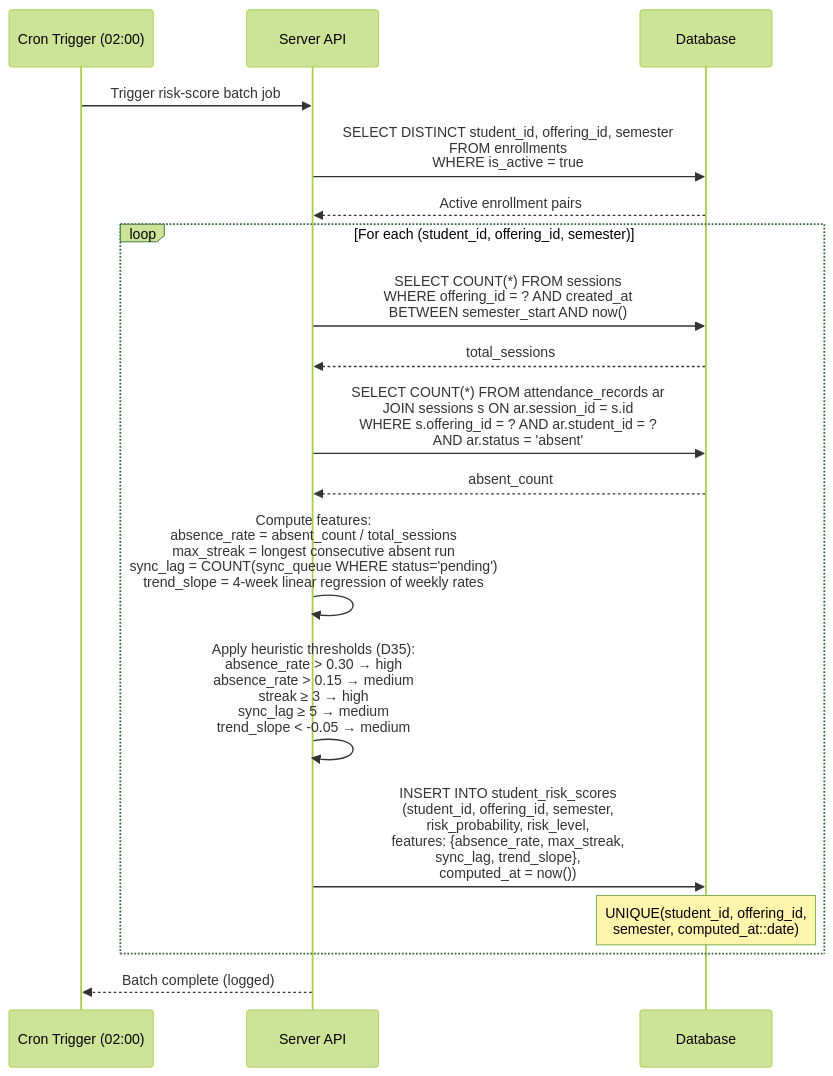
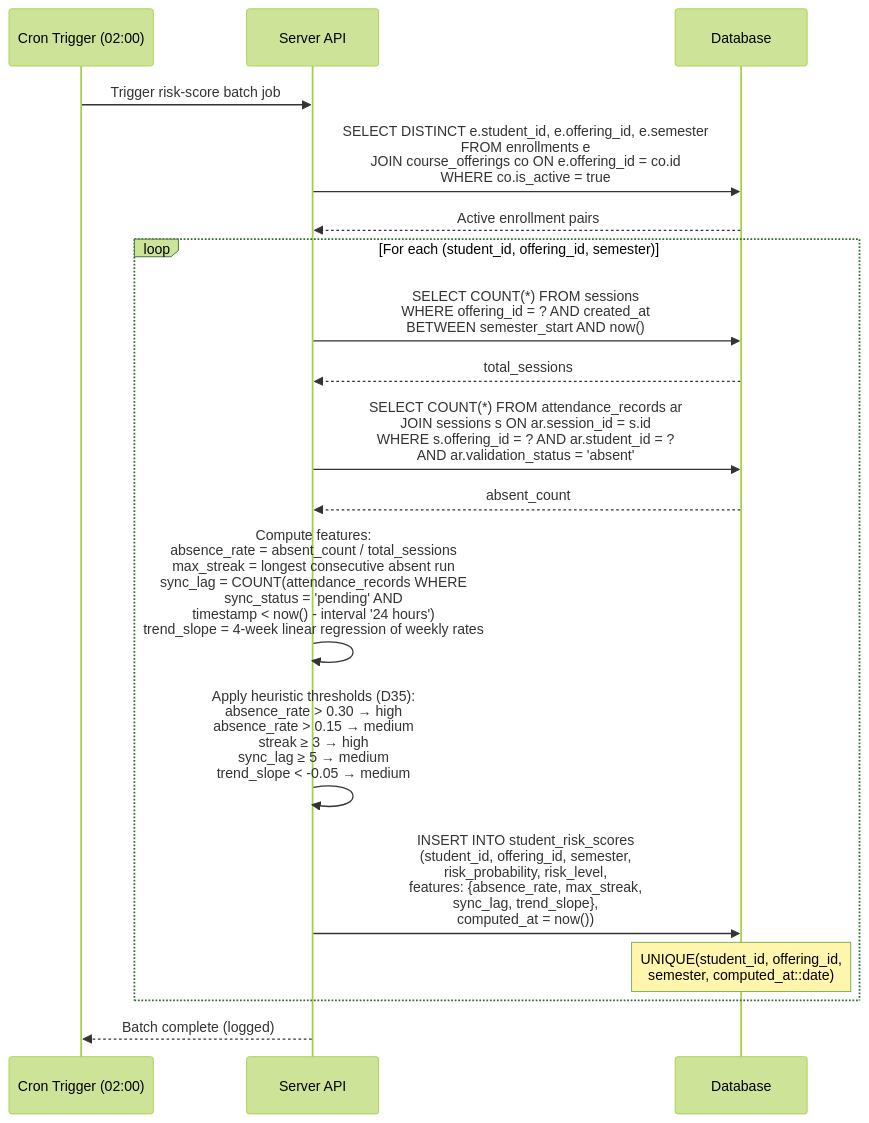
Before and after one commit to dhenji/qr_based_attendance_system: the sixth of 7 diagrams in docs/architecture/data-flow.md, drawn with Mermaid (forest theme). The commit also changed other lines of this file and 47 other files, not shown here.

````diff
--- a/docs/architecture/data-flow.md
+++ b/docs/architecture/data-flow.md
@@ -192,28 +198,28 @@
 ```mermaid
 sequenceDiagram
     participant CRON as Cron Trigger (02:00)
     participant API as Server API
     participant DB as Database
 
     CRON->>API: Trigger risk-score batch job
 
-    API->>DB: SELECT DISTINCT student_id, offering_id, semester<br>FROM enrollments<br>WHERE is_active = true
+    API->>DB: SELECT DISTINCT e.student_id, e.offering_id, e.semester<br>FROM enrollments e<br>JOIN course_offerings co ON e.offering_id = co.id<br>WHERE co.is_active = true
     DB-->>API: Active enrollment pairs
 
     loop For each (student_id, offering_id, semester)
         API->>DB: SELECT COUNT(*) FROM sessions<br>WHERE offering_id = ? AND created_at<br>BETWEEN semester_start AND now()
         DB-->>API: total_sessions
 
-        API->>DB: SELECT COUNT(*) FROM attendance_records ar<br>JOIN sessions s ON ar.session_id = s.id<br>WHERE s.offering_id = ? AND ar.student_id = ?<br>AND ar.status = 'absent'
+        API->>DB: SELECT COUNT(*) FROM attendance_records ar<br>JOIN sessions s ON ar.session_id = s.id<br>WHERE s.offering_id = ? AND ar.student_id = ?<br>AND ar.validation_status = 'absent'
         DB-->>API: absent_count
 
-        API->>API: Compute features:<br>absence_rate = absent_count / total_sessions<br>max_streak = longest consecutive absent run<br>sync_lag = COUNT(sync_queue WHERE status='pending')<br>trend_slope = 4-week linear regression of weekly rates
+        API->>API: Compute features:<br>absence_rate = absent_count / total_sessions<br>max_streak = longest consecutive absent run<br>sync_lag = COUNT(attendance_records WHERE<br>sync_status = 'pending' AND<br>timestamp < now() - interval '24 hours')<br>trend_slope = 4-week linear regression of weekly rates
 
         API->>API: Apply heuristic thresholds (D35):<br>absence_rate > 0.30 → high<br>absence_rate > 0.15 → medium<br>streak ≥ 3 → high<br>sync_lag ≥ 5 → medium<br>trend_slope < -0.05 → medium
 
         API->>DB: INSERT INTO student_risk_scores<br>(student_id, offering_id, semester,<br>risk_probability, risk_level,<br>features: {absence_rate, max_streak,<br>sync_lag, trend_slope},<br>computed_at = now())
         Note over DB: UNIQUE(student_id, offering_id,<br>semester, computed_at::date)
     end
 
     API-->>CRON: Batch complete (logged)
 ```
````
